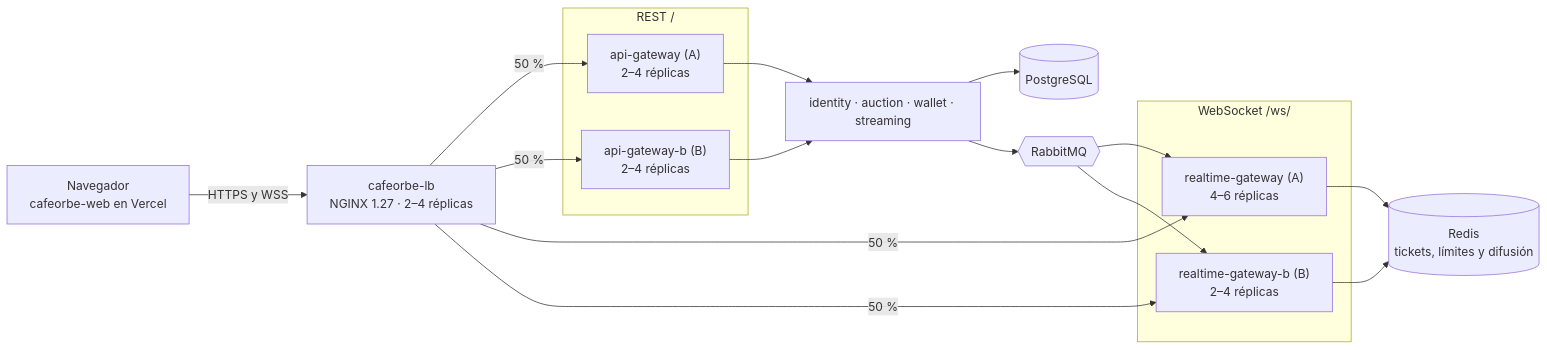
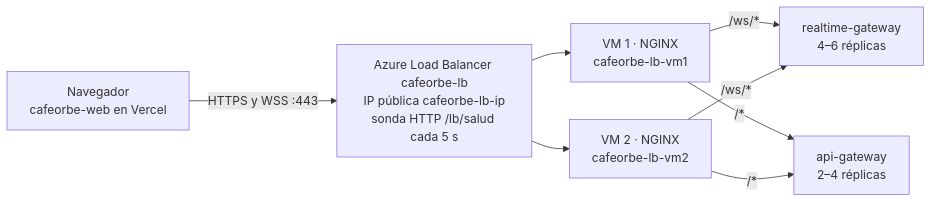
Before and after one commit to CafeOrbe/cafeorbe-infra: the diagram in docs/BALANCEADOR.md, drawn with Mermaid. The commit also changed other lines of this file, not shown here.

````diff
--- a/docs/BALANCEADOR.md
+++ b/docs/BALANCEADOR.md
@@ -147,21 +10,8 @@
 ```mermaid
 flowchart LR
-    web["Navegador<br/>cafeorbe-web en Vercel"] -->|"HTTPS y WSS"| lb["cafeorbe-lb<br/>NGINX 1.27 · 2–4 réplicas"]
-    subgraph rest["REST /"]
-        a1["api-gateway (A)<br/>2–4 réplicas"]
-        b1["api-gateway-b (B)<br/>2–4 réplicas"]
-    end
-    subgraph ws["WebSocket /ws/"]
-        a2["realtime-gateway (A)<br/>4–6 réplicas"]
-        b2["realtime-gateway-b (B)<br/>2–4 réplicas"]
-    end
-    lb -->|50 %| a1
-    lb -->|50 %| b1
-    lb -->|50 %| a2
-    lb -->|50 %| b2
-    a1 & b1 --> svc["identity · auction · wallet · streaming"]
-    a2 & b2 --> rd[("Redis<br/>tickets, límites y difusión")]
-    svc --> pg[("PostgreSQL")]
-    svc --> mq{{"RabbitMQ"}}
-    mq --> a2 & b2
+    web["Navegador<br/>cafeorbe-web en Vercel"] -->|"HTTPS y WSS :443"| lb["Azure Load Balancer cafeorbe-lb<br/>IP pública cafeorbe-lb-ip<br/>sonda HTTP /lb/salud cada 5 s"]
+    lb --> vm1["VM 1 · NGINX<br/>cafeorbe-lb-vm1"]
+    lb --> vm2["VM 2 · NGINX<br/>cafeorbe-lb-vm2"]
+    vm1 & vm2 -->|"/ws/*"| rt["realtime-gateway<br/>4–6 réplicas"]
+    vm1 & vm2 -->|"/*"| api["api-gateway<br/>2–4 réplicas"]
 ```
````
